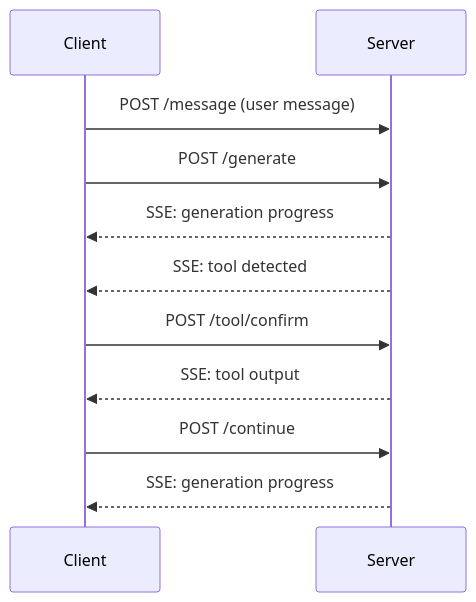
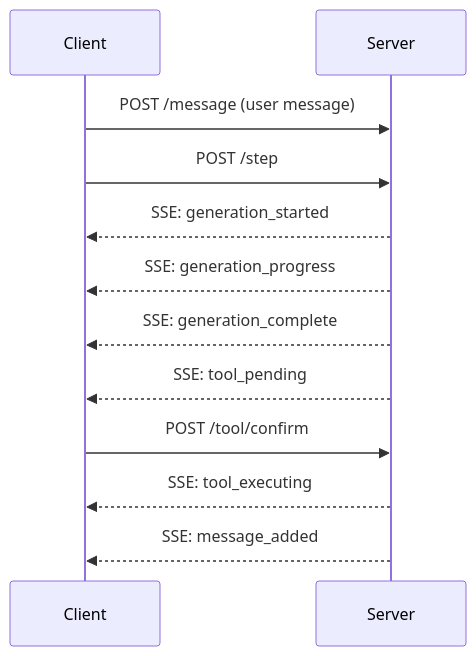
The first of 4 diagrams in server-api-improvements.md (ErikBjare/gptme), drawn with Mermaid before and after one commit. The commit also changed other lines of this file, not shown here.

Commit message:
fix: updated server-api-improvements.md doc

````diff
--- a/server-api-improvements.md
+++ b/server-api-improvements.md
@@ -103,11 +105,12 @@
 ```mermaid
 sequenceDiagram
     Client->>Server: POST /message (user message)
-    Client->>Server: POST /generate
-    Server-->>Client: SSE: generation progress
-    Server-->>Client: SSE: tool detected
+    Client->>Server: POST /step
+    Server-->>Client: SSE: generation_started
+    Server-->>Client: SSE: generation_progress
+    Server-->>Client: SSE: generation_complete
+    Server-->>Client: SSE: tool_pending
     Client->>Server: POST /tool/confirm
-    Server-->>Client: SSE: tool output
-    Client->>Server: POST /continue
-    Server-->>Client: SSE: generation progress
+    Server-->>Client: SSE: tool_executing
+    Server-->>Client: SSE: message_added
 ```
````
